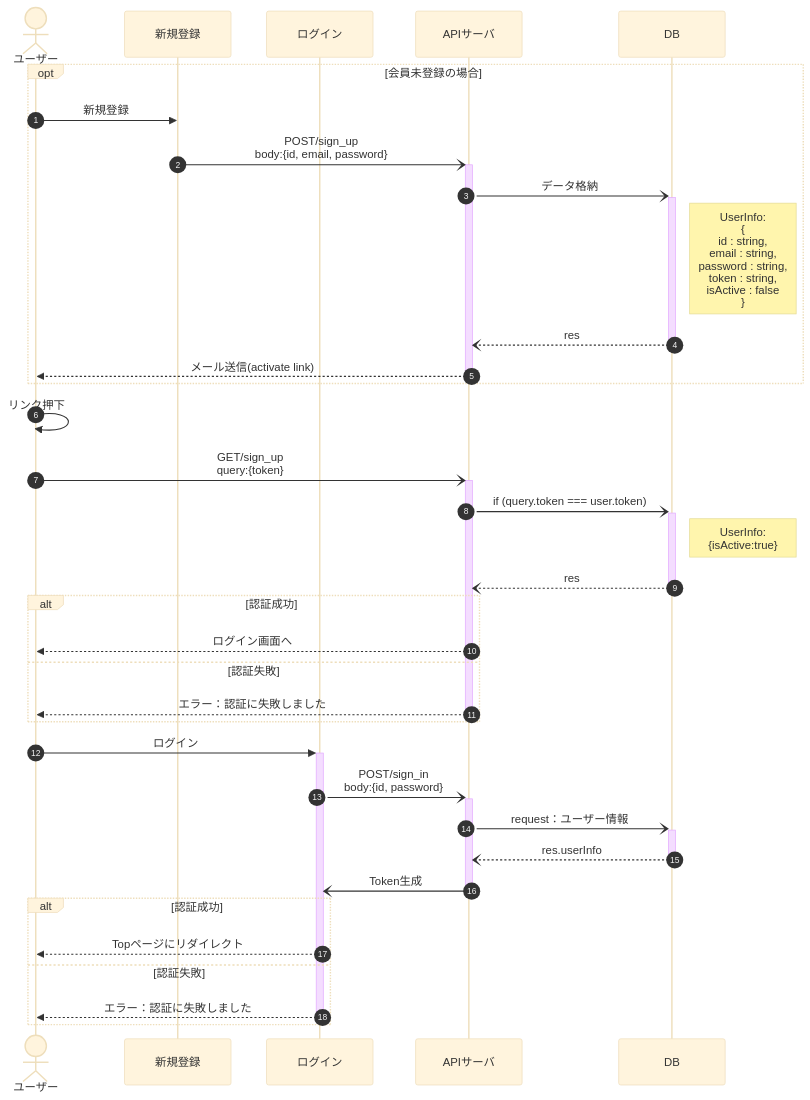
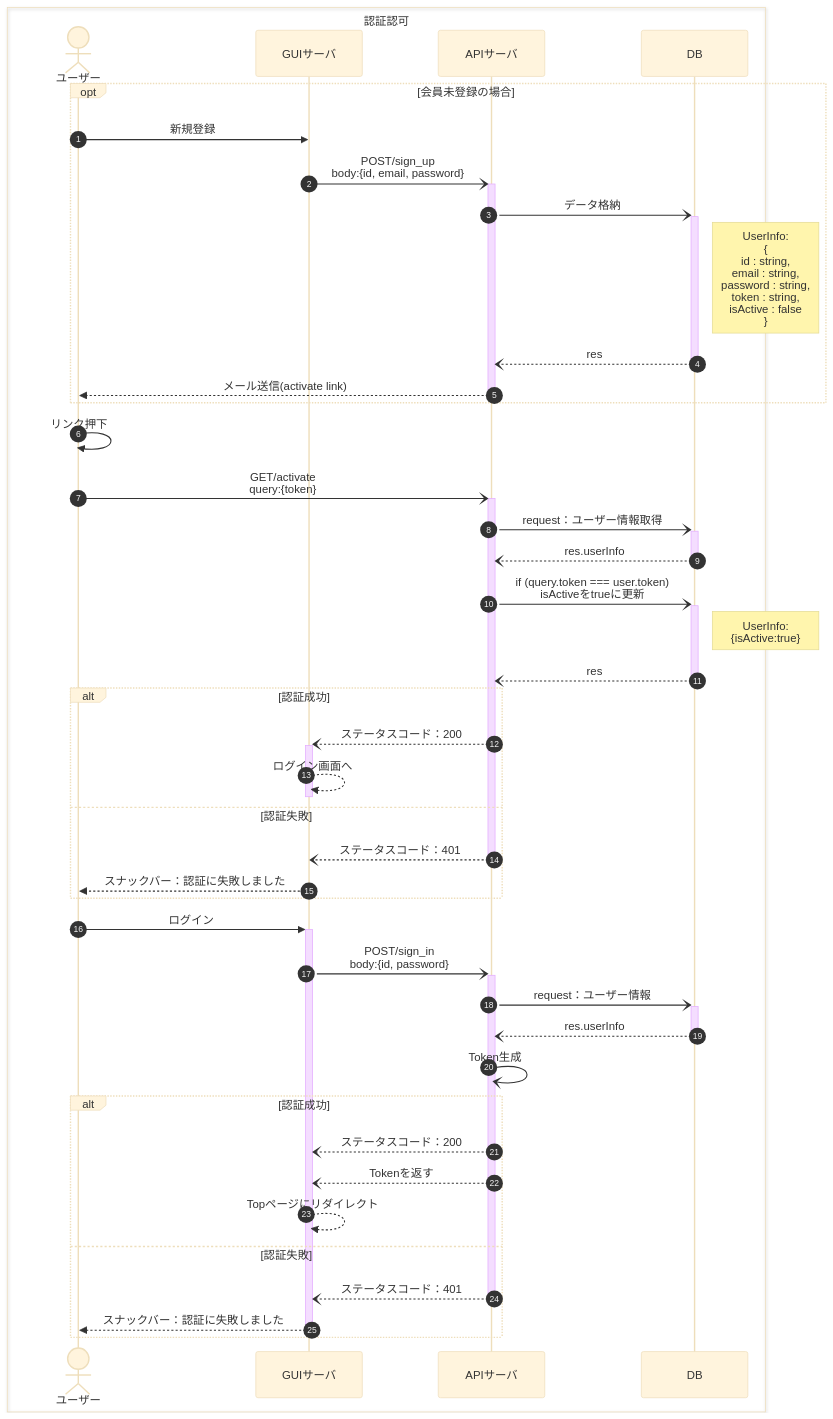
The diagram in SequenceDiagram.md (sopherre/splab.-27), drawn with Mermaid (base theme) before and after one commit.

Commit message:
シーケンス図修正

````diff
--- a/SequenceDiagram.md
+++ b/SequenceDiagram.md
@@ -3,36 +3,46 @@
 ```mermaid
 sequenceDiagram
+box 認証認可
 actor ユーザー
-participant 新規登録
-participant ログイン
+participant GUIサーバ
+participant APIサーバ
+participant DB
+end
     autonumber
     opt 会員未登録の場合
-      ユーザー->>新規登録: 新規登録
-      新規登録-)+APIサーバ: POST/sign_up<br>body:{id, email, password}
+      ユーザー->>GUIサーバ: 新規登録
+      GUIサーバ-)+APIサーバ: POST/sign_up<br>body:{id, email, password}
       APIサーバ-)+DB: データ格納
       Note right of DB: UserInfo:<br>{<br>id : string,<br>email : string,<br>password : string,<br>token : string,<br>isActive : false<br>}
       DB--)-APIサーバ: res
       APIサーバ-->>-ユーザー: メール送信(activate link)
     end
     ユーザー->>ユーザー: リンク押下
-    ユーザー-)+APIサーバ: GET/sign_up<br>query:{token}
-    APIサーバ-)+DB: if (query.token === user.token)
+    ユーザー-)+APIサーバ: GET/activate<br>query:{token}
+    APIサーバ-)+DB: request：ユーザー情報取得
+    DB--)-APIサーバ: res.userInfo
+    APIサーバ-)+DB: if (query.token === user.token)<br/>isActiveをtrueに更新
     Note right of DB: UserInfo:<br>{isActive:true}
     DB--)-APIサーバ: res
     alt 認証成功
-      APIサーバ-->>ユーザー: ログイン画面へ
+      APIサーバ--)+GUIサーバ:ステータスコード：200
+      GUIサーバ-->>-GUIサーバ: ログイン画面へ
     else 認証失敗
-      APIサーバ-->>-ユーザー: エラー：認証に失敗しました
+      APIサーバ--)-GUIサーバ:ステータスコード：401
+      GUIサーバ-->>ユーザー: スナックバー：認証に失敗しました
     end
 
-    ユーザー->>+ログイン: ログイン
-    ログイン-)+APIサーバ: POST/sign_in<br>body:{id, password}
+    ユーザー->>+GUIサーバ: ログイン
+    GUIサーバ-)+APIサーバ: POST/sign_in<br>body:{id, password}
     APIサーバ-)+DB: request：ユーザー情報
     DB--)-APIサーバ: res.userInfo
-    APIサーバ-)-ログイン: Token生成
+    APIサーバ-)APIサーバ: Token生成
     alt 認証成功
-      ログイン-->>ユーザー: Topページにリダイレクト
+      APIサーバ--)GUIサーバ:ステータスコード：200
+      APIサーバ--)GUIサーバ:Tokenを返す
+      GUIサーバ-->>GUIサーバ: Topページにリダイレクト
     else 認証失敗
-      ログイン-->>-ユーザー: エラー：認証に失敗しました
+      APIサーバ--)-GUIサーバ:ステータスコード：401
+      GUIサーバ-->>-ユーザー: スナックバー：認証に失敗しました
     end
 ```
````
